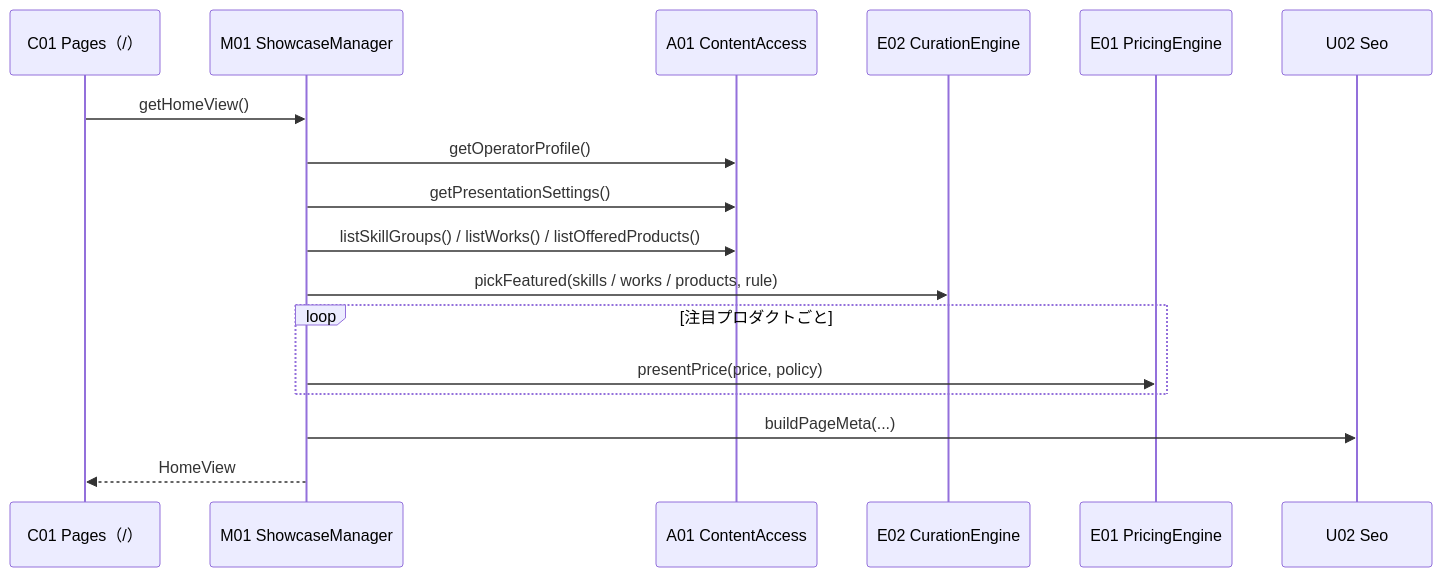
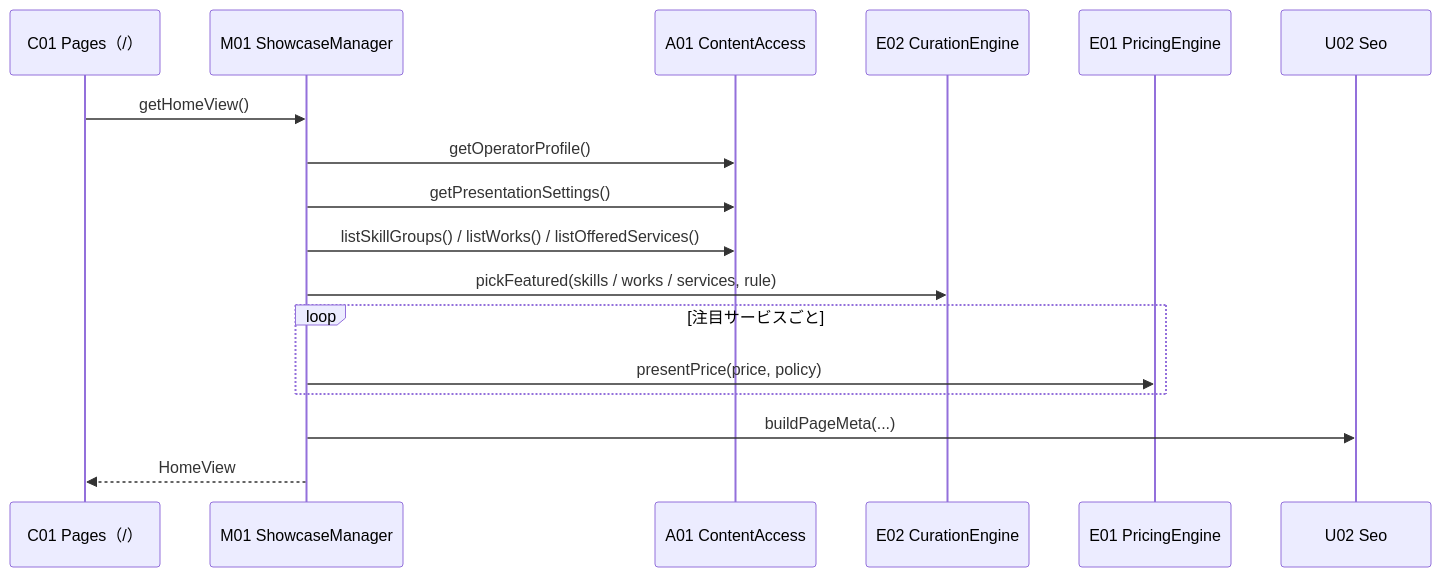
The first of 6 diagrams in docs/02_basic_internal.md (fukugyononuko/fukugyononuko.github.io), drawn with Mermaid before and after one commit. The commit also changed other lines of this file and 6 other files, not shown here.

First line of the commit message:
Reframe offerings as services and works as examples for a first-time side job

````diff
--- a/docs/02_basic_internal.md
+++ b/docs/02_basic_internal.md
@@ -127,19 +127,19 @@
 ```mermaid
 sequenceDiagram
   participant P as C01 Pages（/）
   participant SM as M01 ShowcaseManager
   participant CA as A01 ContentAccess
   participant CE as E02 CurationEngine
   participant PE as E01 PricingEngine
   participant SEO as U02 Seo
   P->>SM: getHomeView()
   SM->>CA: getOperatorProfile()
   SM->>CA: getPresentationSettings()
-  SM->>CA: listSkillGroups() / listWorks() / listOfferedProducts()
-  SM->>CE: pickFeatured(skills / works / products, rule)
-  loop 注目プロダクトごと
+  SM->>CA: listSkillGroups() / listWorks() / listOfferedServices()
+  SM->>CE: pickFeatured(skills / works / services, rule)
+  loop 注目サービスごと
     SM->>PE: presentPrice(price, policy)
   end
   SM->>SEO: buildPageMeta(...)
   SM-->>P: HomeView
 ```
````
